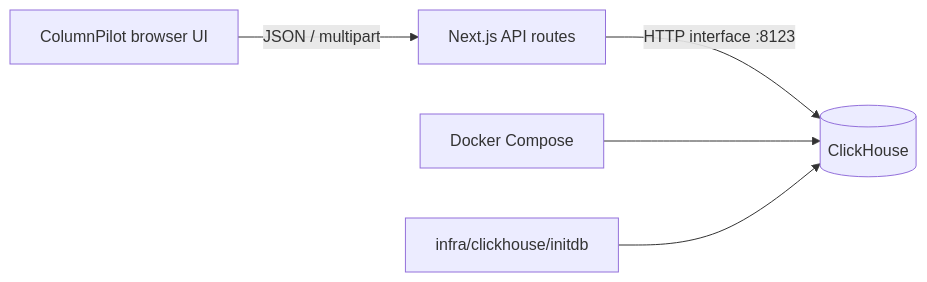
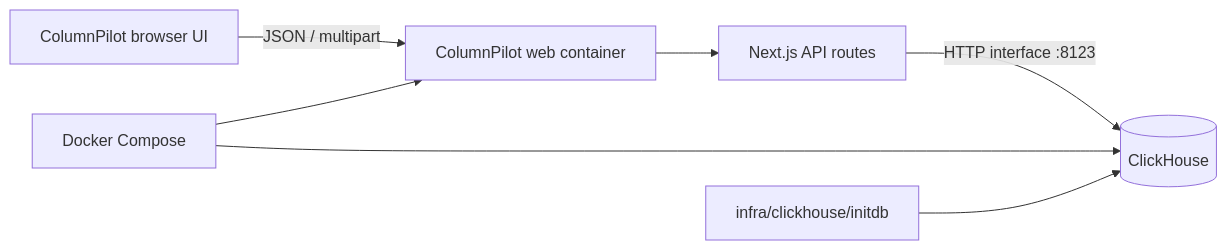
One commit to jhkdlut/columnpilot changed the diagram in docs/architecture.md. Above: the diagram before and after it, drawn with Mermaid. The commit also changed other lines of this file and 12 other files, not shown here.

````diff
--- a/docs/architecture.md
+++ b/docs/architecture.md
@@ -5,7 +5,9 @@
 ```mermaid
 flowchart LR
-  Browser[ColumnPilot browser UI] -->|JSON / multipart| API[Next.js API routes]
+  Browser[ColumnPilot browser UI] -->|JSON / multipart| Web[ColumnPilot web container]
+  Web --> API[Next.js API routes]
   API -->|HTTP interface :8123| CH[(ClickHouse)]
-  Compose[Docker Compose] --> CH
+  Compose[Docker Compose] --> Web
+  Compose --> CH
   Init[infra/clickhouse/initdb] --> CH
 ```
````
